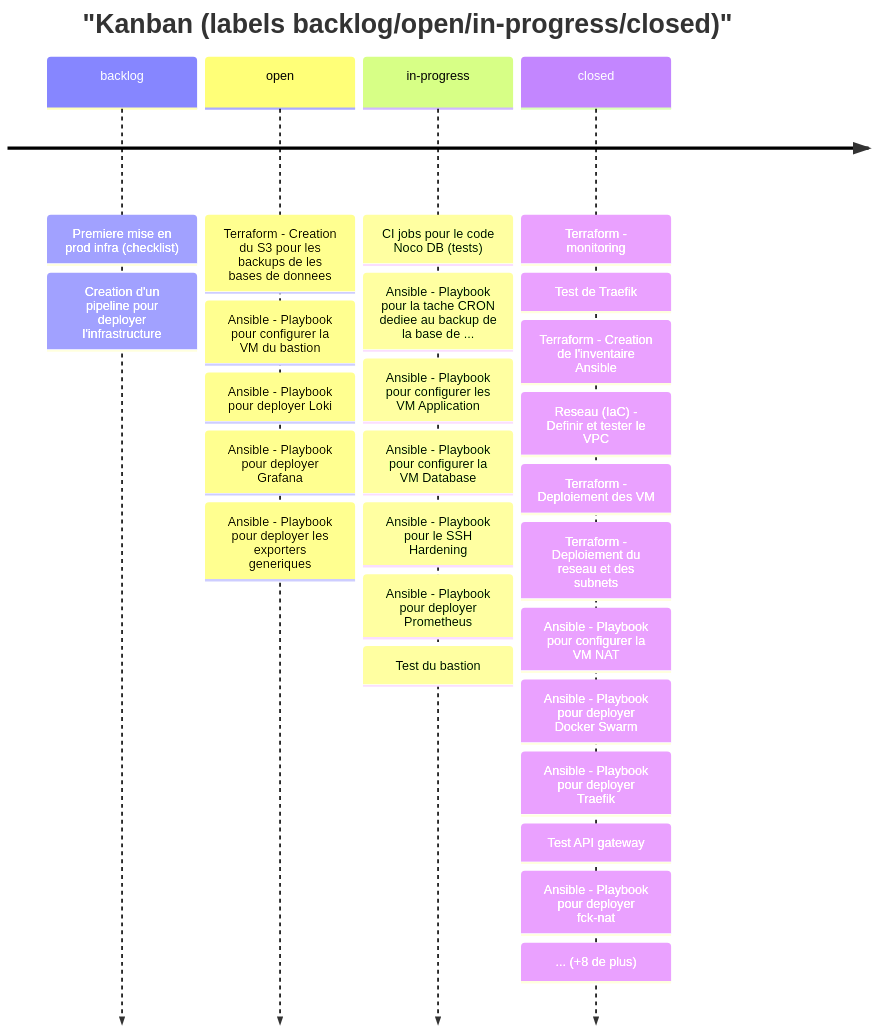
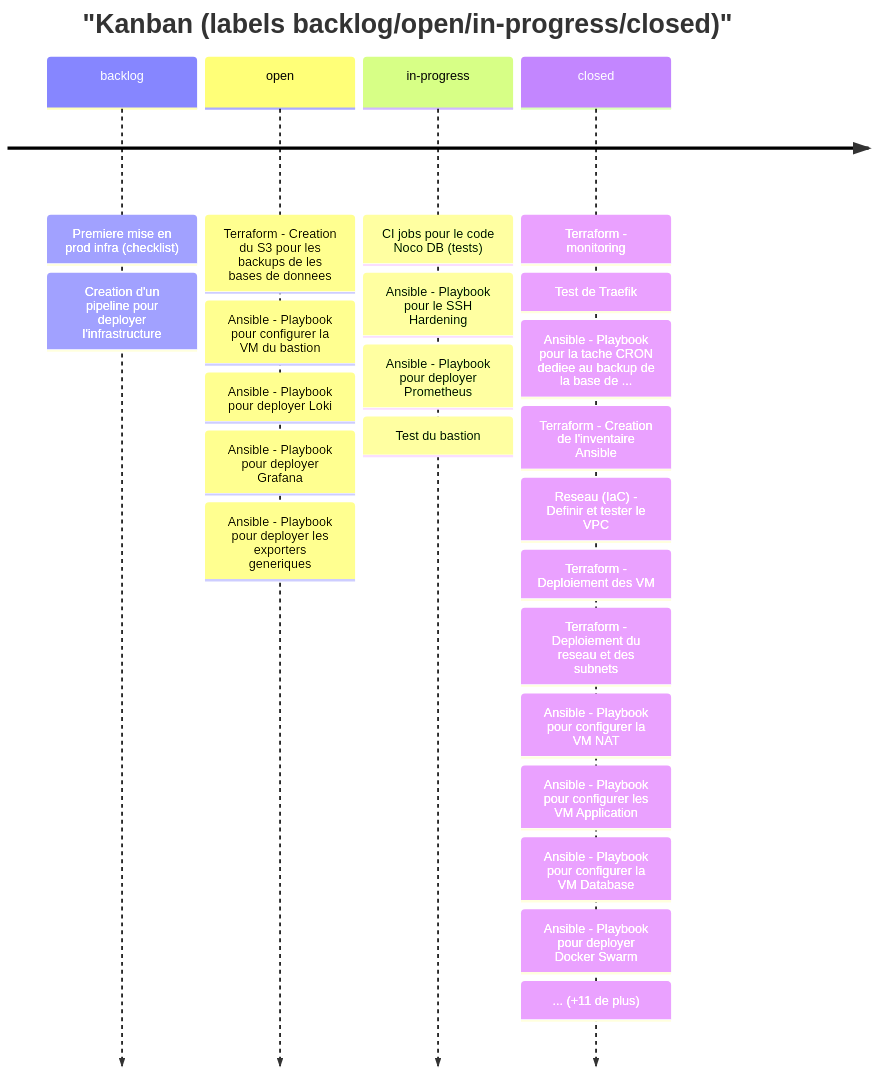
One commit to Gooseppr/GevOps_LC changed the fourth of 7 diagrams in modules/M51_projet-board-J11.md. Above: the diagram before and after it, drawn with Mermaid. The commit also changed other lines of this file and 6 other files, not shown here.

````diff
--- a/modules/M51_projet-board-J11.md
+++ b/modules/M51_projet-board-J11.md
@@ -63,8 +63,8 @@
 ```mermaid
 timeline
     title "Kanban (labels backlog/open/in-progress/closed)"
     backlog : Premiere mise en prod infra (checklist) : Creation d'un pipeline pour deployer l'infrastructure
     open : Terraform - Creation du S3 pour les backups de les bases de donnees : Ansible - Playbook pour configurer la VM du bastion : Ansible - Playbook pour deployer Loki : Ansible - Playbook pour deployer Grafana : Ansible - Playbook pour deployer les exporters generiques
-    in-progress : CI jobs pour le code Noco DB (tests) : Ansible - Playbook pour la tache CRON dediee au backup de la base de ... : Ansible - Playbook pour configurer les VM Application : Ansible - Playbook pour configurer la VM Database : Ansible - Playbook pour le SSH Hardening : Ansible - Playbook pour deployer Prometheus : Test du bastion
-    closed : Terraform - monitoring : Test de Traefik : Terraform - Creation de l'inventaire Ansible : Reseau (IaC) - Definir et tester le VPC : Terraform - Deploiement des VM : Terraform - Deploiement du reseau et des subnets : Ansible - Playbook pour configurer la VM NAT : Ansible - Playbook pour deployer Docker Swarm : Ansible - Playbook pour deployer Traefik : Test API gateway : Ansible - Playbook pour deployer fck-nat : ... (+8 de plus)
+    in-progress : CI jobs pour le code Noco DB (tests) : Ansible - Playbook pour le SSH Hardening : Ansible - Playbook pour deployer Prometheus : Test du bastion
+    closed : Terraform - monitoring : Test de Traefik : Ansible - Playbook pour la tache CRON dediee au backup de la base de ... : Terraform - Creation de l'inventaire Ansible : Reseau (IaC) - Definir et tester le VPC : Terraform - Deploiement des VM : Terraform - Deploiement du reseau et des subnets : Ansible - Playbook pour configurer la VM NAT : Ansible - Playbook pour configurer les VM Application : Ansible - Playbook pour configurer la VM Database : Ansible - Playbook pour deployer Docker Swarm : ... (+11 de plus)
 ```
````
